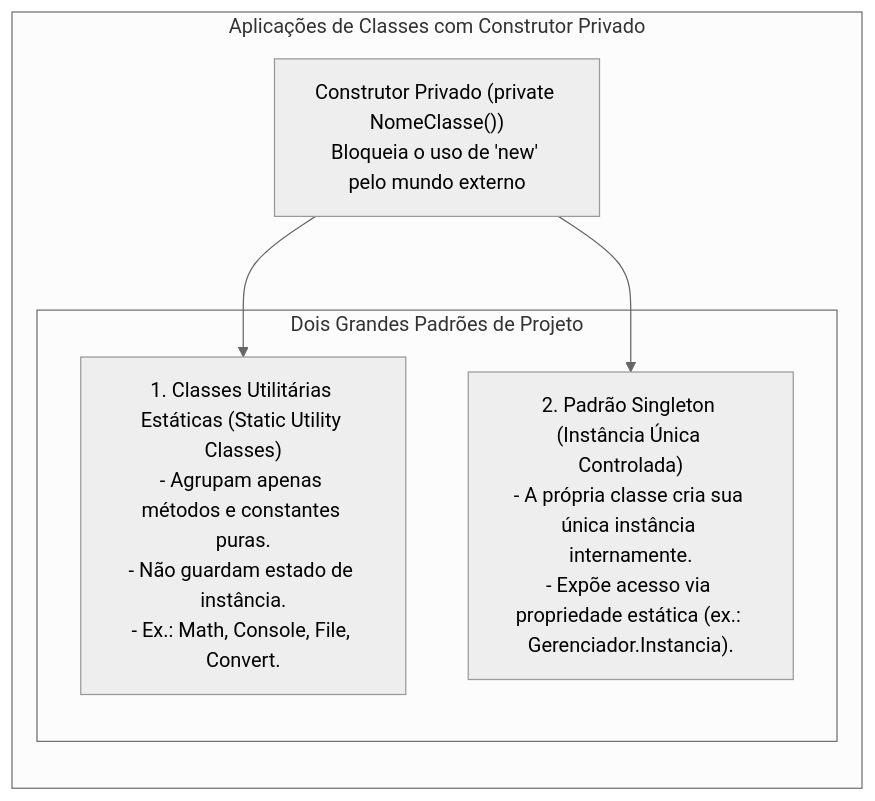
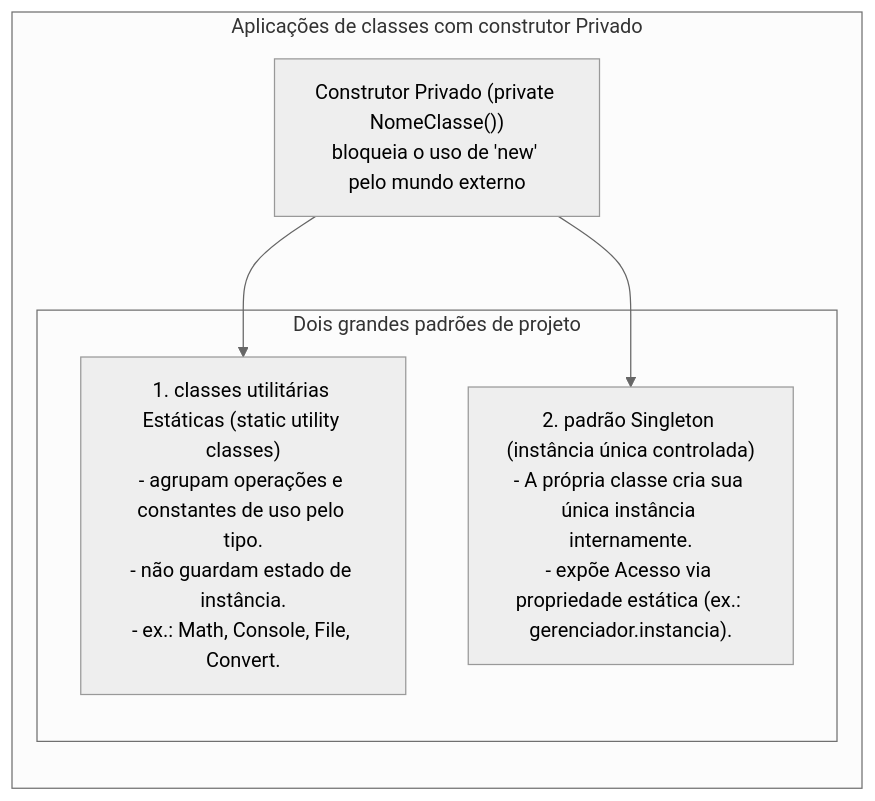
Before and after one commit to leorruas/puc: the fifth of 5 diagrams in 01. Programacao Modular/12. Modificadores de acesso (visibilidade e níveis de proteção no encapsulamento).md, drawn with Mermaid (neutral theme). The commit also changed other lines of this file and 10 other files, not shown here.

````diff
--- a/01. Programacao Modular/12. Modificadores de acesso (visibilidade e níveis de proteção no encapsulamento).md
+++ b/01. Programacao Modular/12. Modificadores de acesso (visibilidade e níveis de proteção no encapsulamento).md
@@ -268,15 +470,15 @@
 ```mermaid
 flowchart TD
-    subgraph ConstrutorPrivado ["Aplicações de Classes com Construtor Privado"]
+    subgraph ConstrutorPrivado ["Aplicações de classes com construtor Privado"]
         direction TB
-        CP["Construtor Privado (private NomeClasse())<br>Bloqueia o uso de 'new' pelo mundo externo"]
+        CP["Construtor Privado (private NomeClasse())<br>bloqueia o uso de 'new' pelo mundo externo"]
 
-        subgraph CasosDeUso ["Dois Grandes Padrões de Projeto"]
-            StaticUtil["1. Classes Utilitárias Estáticas (Static Utility Classes)<br>- Agrupam apenas métodos e constantes puras.<br>- Não guardam estado de instância.<br>- Ex.: Math, Console, File, Convert."]
-            Singleton["2. Padrão Singleton (Instância Única Controlada)<br>- A própria classe cria sua única instância internamente.<br>- Expõe acesso via propriedade estática (ex.: Gerenciador.Instancia)."]
+        subgraph CasosDeUso ["Dois grandes padrões de projeto"]
+            StaticUtil["1. classes utilitárias Estáticas (static utility classes)<br>- agrupam operações e constantes de uso pelo tipo.<br>- não guardam estado de instância.<br>- ex.: Math, Console, File, Convert."]
+            Singleton["2. padrão Singleton (instância única controlada)<br>- A própria classe cria sua única instância internamente.<br>- expõe Acesso via propriedade estática (ex.: gerenciador.instancia)."]
         end
 
         CP --> StaticUtil
         CP --> Singleton
     end
 ```
````
